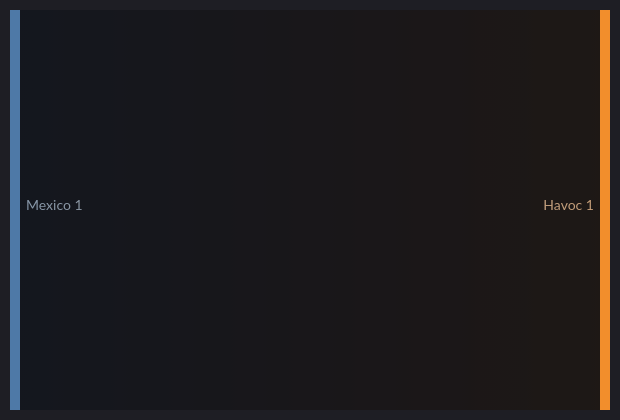
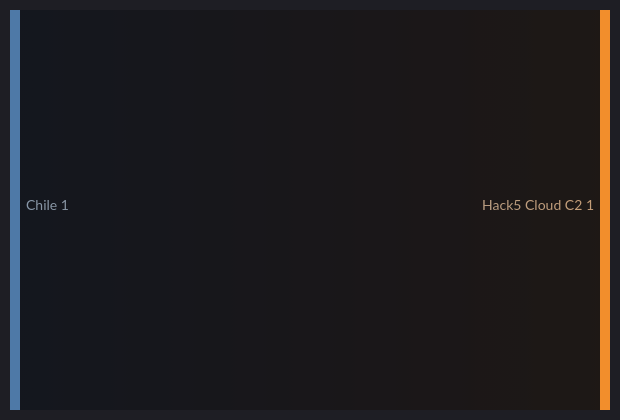
Before and after one commit to ZoqueLabs/website: the seventh of 8 diagrams in zolim.md, drawn with Mermaid. The commit also changed other lines of this file, not shown here.

````diff
--- a/zolim.md
+++ b/zolim.md
@@ -221,9 +223,9 @@
 ```mermaid
----
-config:
-  theme: dark
----
+---  
+config:  
+ theme: dark  
+--- 
 %% Δ Country → Threat (new edges)
 sankey-beta
-  Mexico,Havoc,1
+  Chile,Hack5 Cloud C2,1
 ```
````
